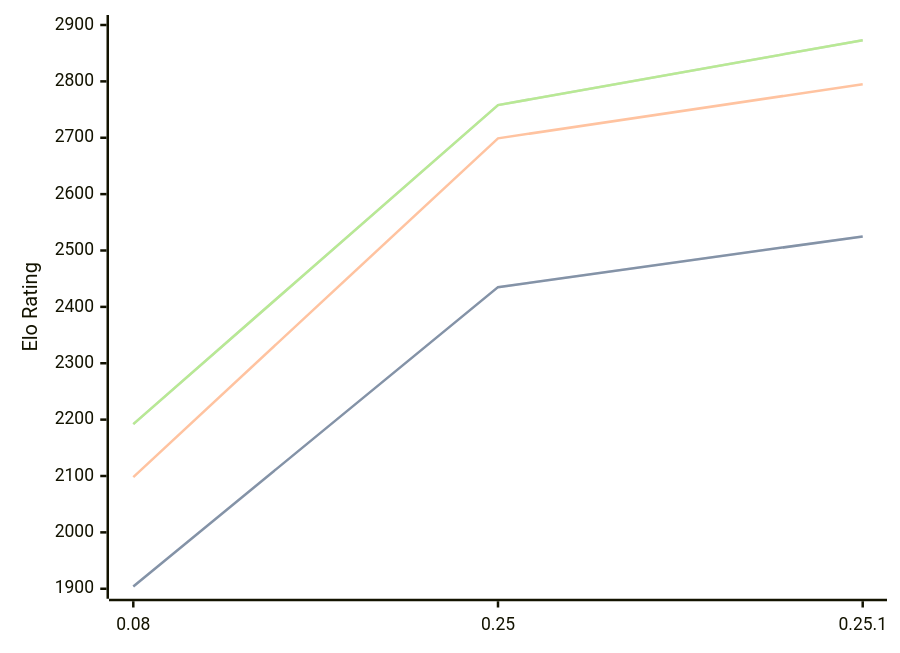
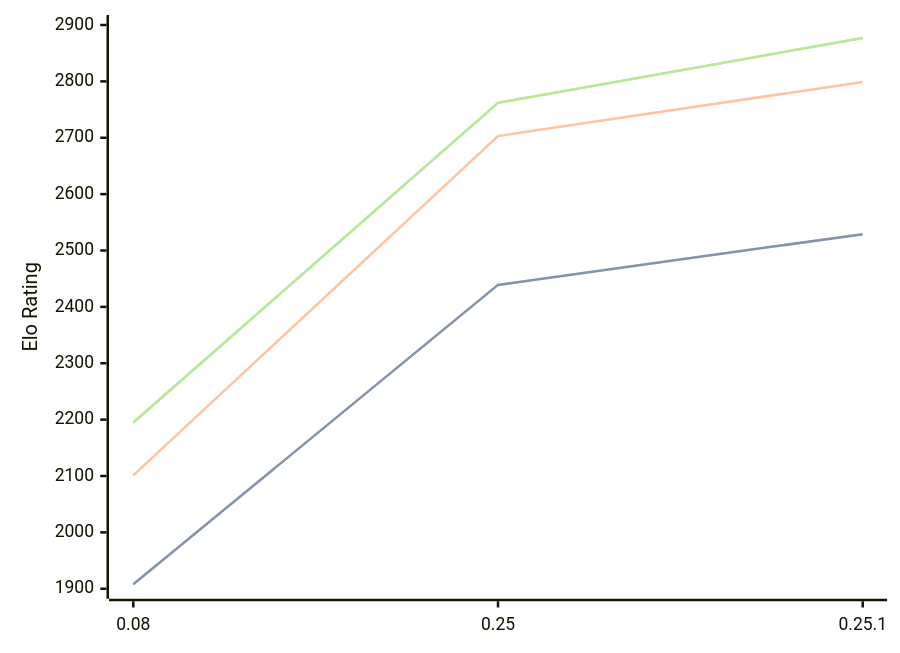
Before and after one commit to computer-chess-index/cci: the diagram in engines/Gecko.md, drawn with Mermaid. The commit also changed other lines of this file, not shown here.

Commit message:
Update CCI Ratings (ELO VLTC) - 2026-04-30

````diff
--- a/engines/Gecko.md
+++ b/engines/Gecko.md
@@ -33,11 +33,11 @@
 ```mermaid
 %%{init: {"theme":"base","themeVariables":{"seriesColors:['#a3a3a3','#222221','#faa371']}}}%%
 xychart-beta
   x-axis ["0.08", "0.25", "0.25.1"]
   y-axis "Elo Rating" 1900 --> 2900
-  line "STC (8.0+0.08s)" [1904, 2435, 2525]
-  line "STC (8.0+0.08s)" [1904, 2435, 2525]
-  line "LTC (60.0+0.60s)" [2098, 2699, 2795]
-  line "VLTC (2m24s+1.12s)" [2192, 2758, 2873]
-  line "VLTC (2m24s+1.12s)" [2192, 2758, 2873]
+  line "STC (8.0+0.08s)" [1908, 2439, 2529]
+  line "STC (8.0+0.08s)" [1908, 2439, 2529]
+  line "LTC (60.0+0.60s)" [2101, 2703, 2799]
+  line "VLTC (2m24s+1.12s)" [2195, 2762, 2877]
+  line "VLTC (2m24s+1.12s)" [2195, 2762, 2877]
 ```
````
